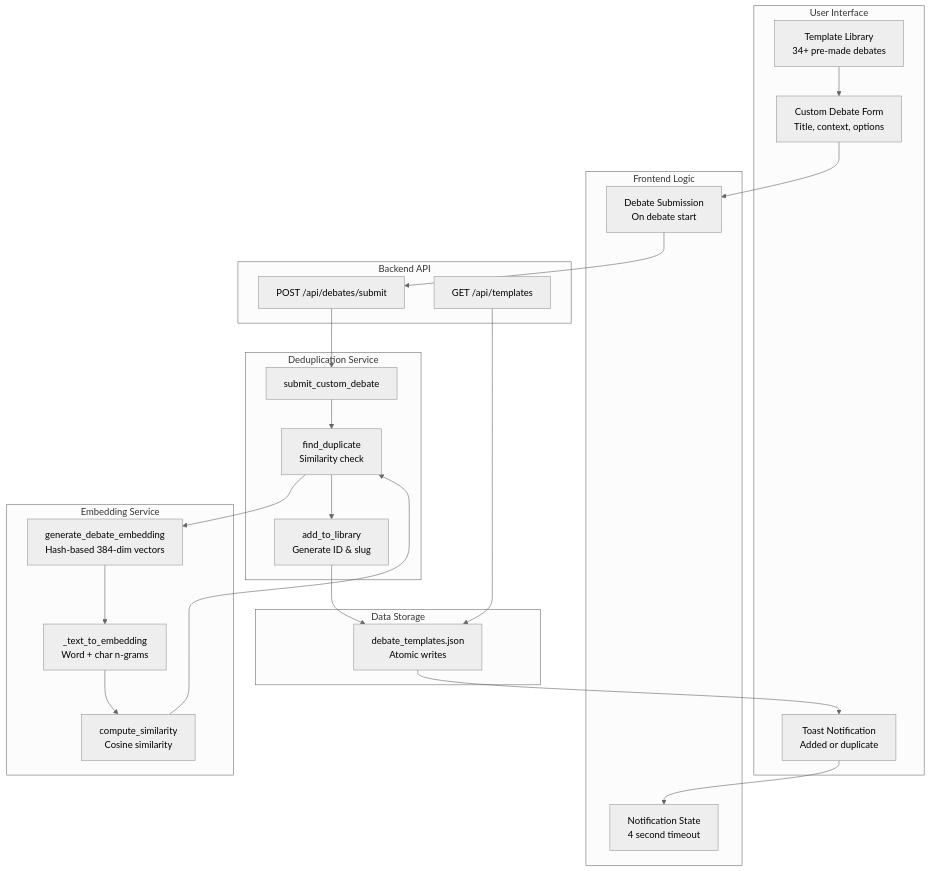
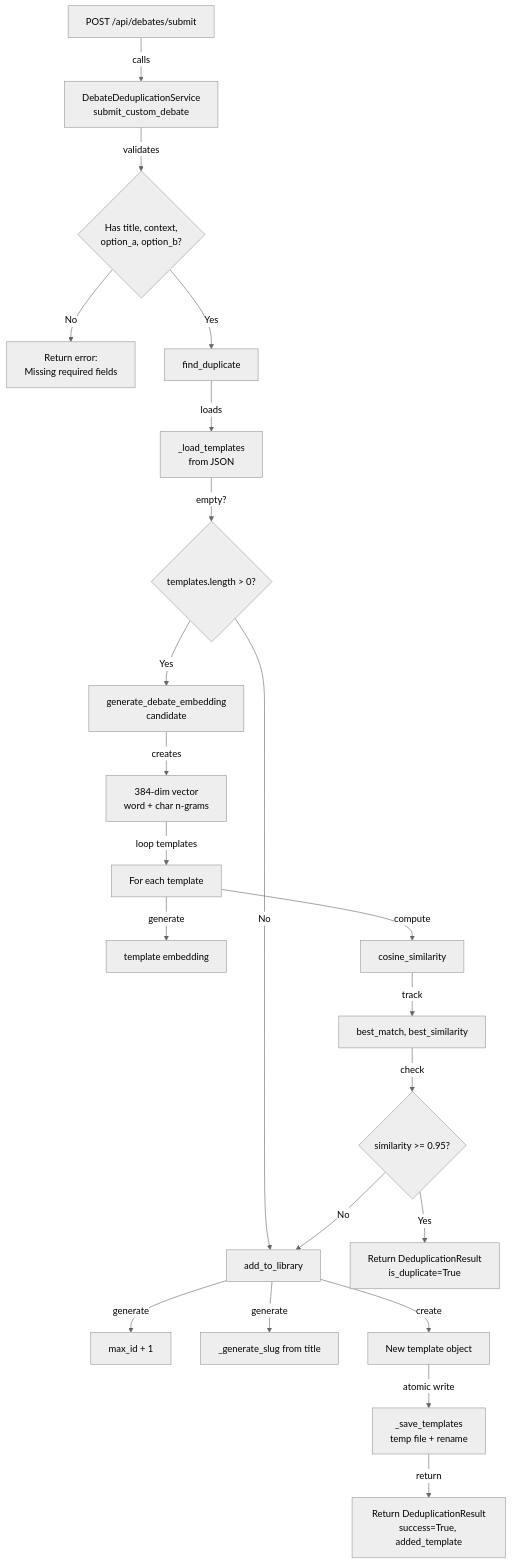
Before and after one commit to khattam/MirrorMind-AI: the eighth of 9 diagrams in docs/feature-architecture-diagrams.md, drawn with Mermaid (neutral theme). The commit also changed other lines of this file, not shown here.

Commit message:
Fix 1.2 Data Flow - use actual /agent/{name} loop instead of /openings endpoint

````diff
--- a/docs/feature-architecture-diagrams.md
+++ b/docs/feature-architecture-diagrams.md
@@ -401,53 +448,34 @@
 ```mermaid
-graph TB
-    subgraph UI["User Interface"]
-        TemplateLibrary[Template Library<br/>34+ pre-made debates]
-        CustomDebateForm[Custom Debate Form<br/>Title, context, options]
-        ToastNotification[Toast Notification<br/>Added or duplicate]
-    end
+graph TD
+    API[POST /api/debates/submit]
     
-    subgraph Frontend["Frontend Logic"]
-        DebateSubmission[Debate Submission<br/>On debate start]
-        NotificationState[Notification State<br/>4 second timeout]
-    end
+    API -->|calls| Service[DebateDeduplicationService<br/>submit_custom_debate]
+    Service -->|validates| Fields{Has title, context,<br/>option_a, option_b?}
     
-    subgraph Backend["Backend API"]
-        SubmitEndpoint[POST /api/debates/submit]
-        TemplatesEndpoint[GET /api/templates]
-    end
+    Fields -->|No| Error[Return error:<br/>Missing required fields]
+    Fields -->|Yes| FindDup[find_duplicate]
     
-    subgraph DeduplicationService["Deduplication Service"]
-        SubmitDebate[submit_custom_debate]
-        FindDuplicate[find_duplicate<br/>Similarity check]
-        AddToLibrary[add_to_library<br/>Generate ID & slug]
-    end
+    FindDup -->|loads| Templates[_load_templates<br/>from JSON]
+    Templates -->|empty?| CheckEmpty{templates.length > 0?}
+    CheckEmpty -->|No| AddNew[add_to_library]
     
-    subgraph EmbeddingService["Embedding Service"]
-        GenerateEmbedding[generate_debate_embedding<br/>Hash-based 384-dim vectors]
-        ComputeSimilarity[compute_similarity<br/>Cosine similarity]
-        TextToEmbedding[_text_to_embedding<br/>Word + char n-grams]
-    end
+    CheckEmpty -->|Yes| GenEmbed[generate_debate_embedding<br/>candidate]
+    GenEmbed -->|creates| CandidateVec[384-dim vector<br/>word + char n-grams]
     
-    subgraph Storage["Data Storage"]
-        TemplatesJSON[debate_templates.json<br/>Atomic writes]
-    end
+    CandidateVec -->|loop templates| CompareLoop[For each template]
+    CompareLoop -->|generate| TemplateEmbed[template embedding]
+    CompareLoop -->|compute| Similarity[cosine_similarity]
     
-    TemplateLibrary --> CustomDebateForm
-    CustomDebateForm --> DebateSubmission
-    DebateSubmission --> SubmitEndpoint
+    Similarity -->|track| BestMatch[best_match, best_similarity]
+    BestMatch -->|check| Threshold{similarity >= 0.95?}
     
-    SubmitEndpoint --> SubmitDebate
-    SubmitDebate --> FindDuplicate
-    FindDuplicate --> GenerateEmbedding
-    GenerateEmbedding --> TextToEmbedding
-    TextToEmbedding --> ComputeSimilarity
+    Threshold -->|Yes| ReturnDup[Return DeduplicationResult<br/>is_duplicate=True]
+    Threshold -->|No| AddNew
     
-    ComputeSimilarity --> FindDuplicate
-    FindDuplicate --> AddToLibrary
-    AddToLibrary --> TemplatesJSON
+    AddNew -->|generate| NewID[max_id + 1]
+    AddNew -->|generate| Slug[_generate_slug from title]
+    AddNew -->|create| Template[New template object]
+    Template -->|atomic write| Save[_save_templates<br/>temp file + rename]
     
-    TemplatesJSON --> ToastNotification
-    ToastNotification --> NotificationState
-    
-    TemplatesEndpoint --> TemplatesJSON
+    Save -->|return| ReturnSuccess[Return DeduplicationResult<br/>success=True, added_template]
 ```
````
